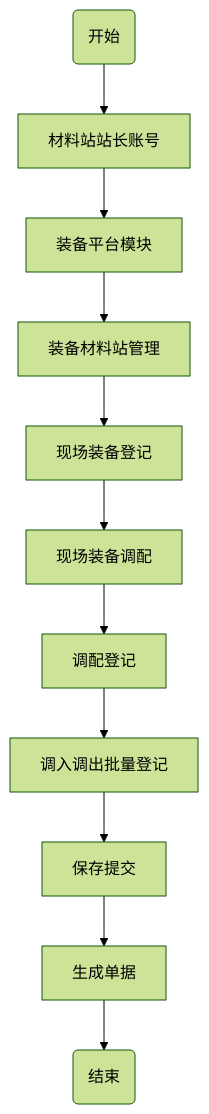
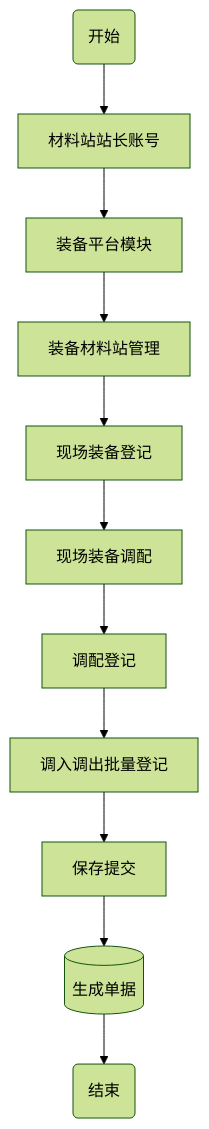
One commit to glaze-blue/zett-single-project changed the fifth of 8 diagrams in asset/单项工程现场装备全流程管理流程图.md. Above: the diagram before and after it, drawn with Mermaid (forest theme). The commit also changed other lines of this file, not shown here.

Commit message:
优化流程图图形

````diff
--- a/asset/单项工程现场装备全流程管理流程图.md
+++ b/asset/单项工程现场装备全流程管理流程图.md
@@ -134,13 +134,13 @@
 ```mermaid
 graph TD
     00(开始)--> A[材料站站长账号]
     A --> B[装备平台模块]
     B --> C[装备材料站管理]
     C --> D[现场装备登记]
     D --> E[现场装备调配]
     E --> F[调配登记]
     F --> G[调入调出批量登记]
     G --> H[保存提交]
-    H --> I[生成单据]
+    H --> I[(生成单据)]
     I --> J(结束)
 ```
````
